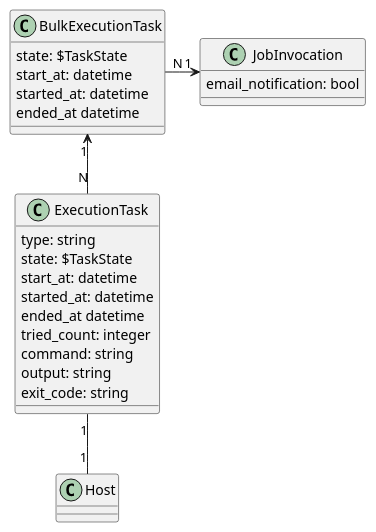
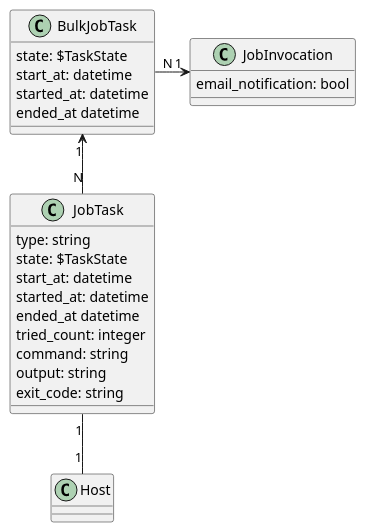
The tenth of 13 diagrams in doc/source/design/index.md (theforeman/foreman_remote_execution), drawn with PlantUML before and after one commit. The commit also changed other lines of this file, not shown here.

Commit message:
Unify jobs vs. execution vs. command wording

```diff
--- a/doc/source/design/index.md
+++ b/doc/source/design/index.md
@@ -877,34 +813,34 @@
 {% plantuml %}
 
 
 class Host {
 }
 
 class JobInvocation {
   email_notification: bool
 }
 
-class BulkExecutionTask {
+class BulkJobTask {
   state: $TaskState
   start_at: datetime
   started_at: datetime
   ended_at datetime
 }
 
-class ExecutionTask {
+class JobTask {
   type: string
   state: $TaskState
   start_at: datetime
   started_at: datetime
   ended_at datetime
   tried_count: integer
   command: string
   output: string
   exit_code: string
 }
 
-BulkExecutionTask "N" -> "1" JobInvocation
-BulkExecutionTask "1" <-- "N" ExecutionTask
-ExecutionTask "1" -- "1" Host
+BulkJobTask "N" -> "1" JobInvocation
+BulkJobTask "1" <-- "N" JobTask
+JobTask "1" -- "1" Host
 
 {% endplantuml %}
```
